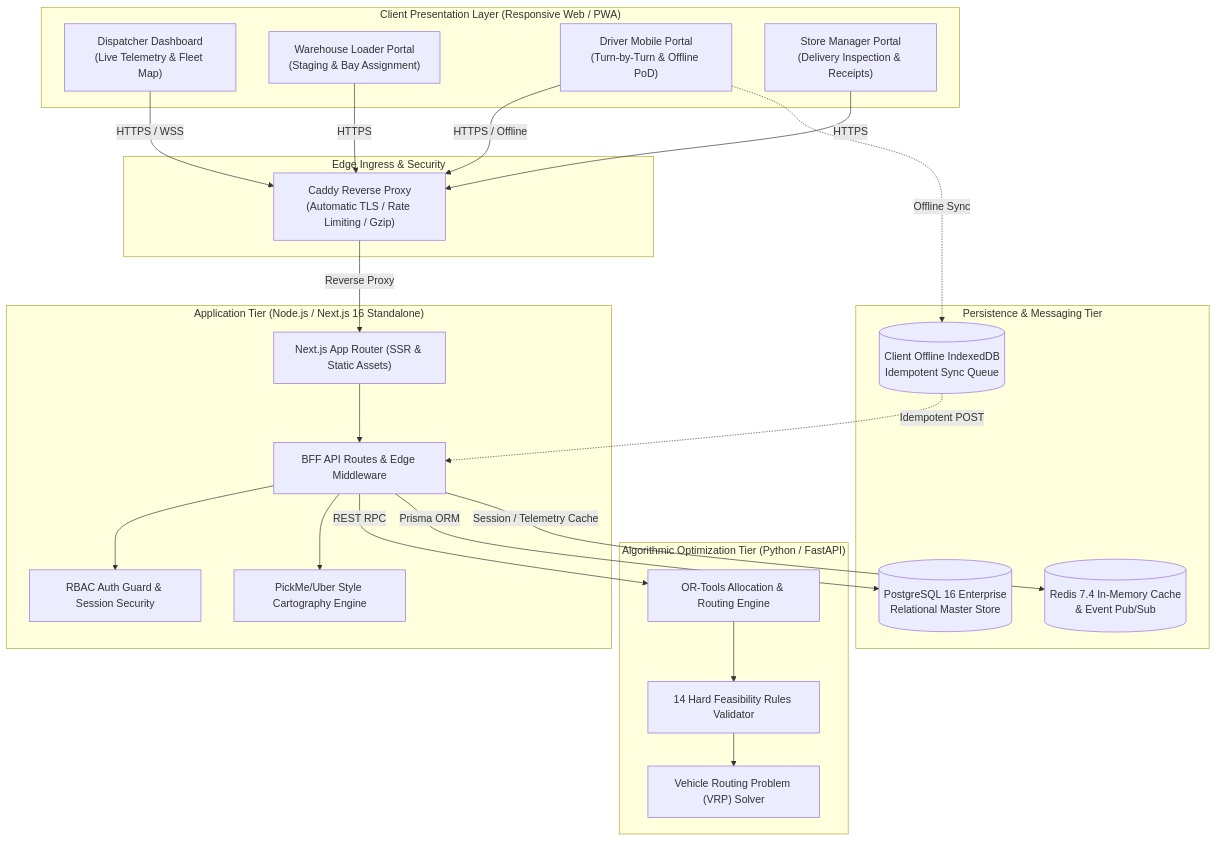
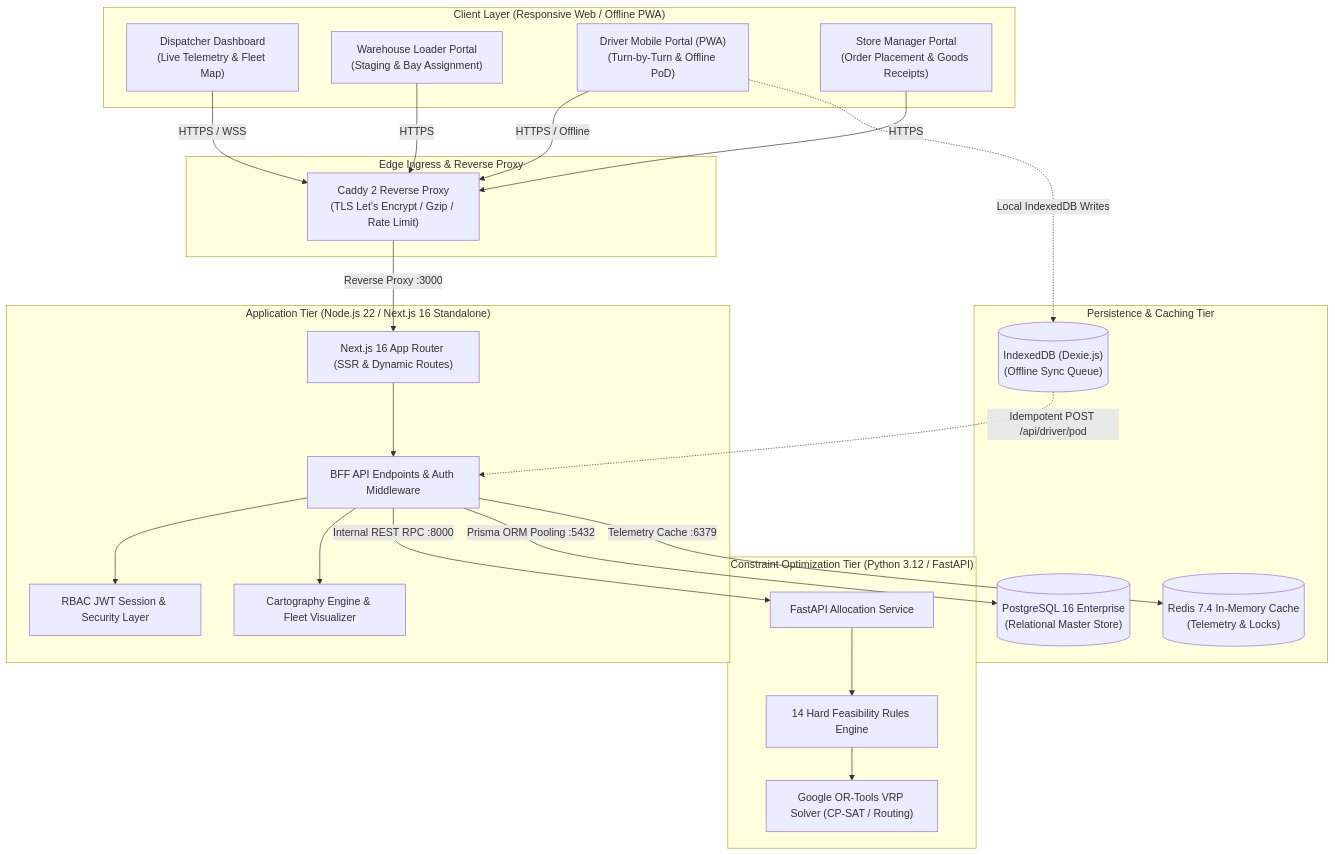
One commit to knurdz/Knurdz_WayPoint changed the diagram in docs/architecture.md. Above: the diagram before and after it, drawn with Mermaid. The commit also changed other lines of this file and 2 other files, not shown here.

Commit message:
docs: enrich architecture, data model, and AI disclosure with authentic engineering ADRs and failure modes

````diff
--- a/docs/architecture.md
+++ b/docs/architecture.md
@@ -7,51 +17,51 @@
 ```mermaid
 flowchart TD
-    subgraph ClientLayer ["Client Presentation Layer (Responsive Web / PWA)"]
-        UI_Disp["Dispatcher Dashboard<br/>(Live Telemetry & Fleet Map)"]
-        UI_Load["Warehouse Loader Portal<br/>(Staging & Bay Assignment)"]
-        UI_Driv["Driver Mobile Portal<br/>(Turn-by-Turn & Offline PoD)"]
-        UI_Stor["Store Manager Portal<br/>(Delivery Inspection & Receipts)"]
+    subgraph Clients ["Client Layer (Responsive Web / Offline PWA)"]
+        DispUI["Dispatcher Dashboard<br/>(Live Telemetry & Fleet Map)"]
+        LoadUI["Warehouse Loader Portal<br/>(Staging & Bay Assignment)"]
+        DrivUI["Driver Mobile Portal (PWA)<br/>(Turn-by-Turn & Offline PoD)"]
+        StoreUI["Store Manager Portal<br/>(Order Placement & Goods Receipts)"]
     end
 
-    subgraph IngressLayer ["Edge Ingress & Security"]
-        Caddy["Caddy Reverse Proxy<br/>(Automatic TLS / Rate Limiting / Gzip)"]
+    subgraph Edge ["Edge Ingress & Reverse Proxy"]
+        CaddyProxy["Caddy 2 Reverse Proxy<br/>(TLS Let's Encrypt / Gzip / Rate Limit)"]
     end
 
-    subgraph AppLayer ["Application Tier (Node.js / Next.js 16 Standalone)"]
-        NextApp["Next.js App Router (SSR & Static Assets)"]
-        BFF["BFF API Routes & Edge Middleware"]
-        AuthModule["RBAC Auth Guard & Session Security"]
-        CartoService["PickMe/Uber Style Cartography Engine"]
+    subgraph AppTier ["Application Tier (Node.js 22 / Next.js 16 Standalone)"]
+        NextCore["Next.js 16 App Router (SSR & Dynamic Routes)"]
+        BFFRoute["BFF API Endpoints & Auth Middleware"]
+        SessionGuard["RBAC JWT Session & Security Layer"]
+        CartoService["Cartography Engine & Fleet Visualizer"]
     end
 
-    subgraph OptimizationTier ["Algorithmic Optimization Tier (Python / FastAPI)"]
-        SolverService["OR-Tools Allocation & Routing Engine"]
-        FeasibilityEngine["14 Hard Feasibility Rules Validator"]
-        VRPModel["Vehicle Routing Problem (VRP) Solver"]
+    subgraph SolverTier ["Constraint Optimization Tier (Python 3.12 / FastAPI)"]
+        FastAPIService["FastAPI Allocation Service"]
+        RuleValidator["14 Hard Feasibility Rules Engine"]
+        ORToolsSolver["Google OR-Tools VRP Solver (CP-SAT / Routing)"]
     end
 
-    subgraph DataTier ["Persistence & Messaging Tier"]
-        PG[("PostgreSQL 16 Enterprise<br/>Relational Master Store")]
-        RedisCache[("Redis 7.4 In-Memory Cache<br/>& Event Pub/Sub")]
-        IndexedDB[("Client Offline IndexedDB<br/>Idempotent Sync Queue")]
+    subgraph DataTier ["Persistence & Caching Tier"]
+        PostgresDB[("PostgreSQL 16 Enterprise<br/>(Relational Master Store)")]
+        RedisStore[("Redis 7.4 In-Memory Cache<br/>(Telemetry & Locks)")]
+        ClientDB[("IndexedDB (Dexie.js)<br/>(Offline Sync Queue)")]
     end
 
-    UI_Disp -->|HTTPS / WSS| Caddy
-    UI_Load -->|HTTPS| Caddy
-    UI_Driv -->|HTTPS / Offline| Caddy
-    UI_Stor -->|HTTPS| Caddy
+    DispUI -->|HTTPS / WSS| CaddyProxy
+    LoadUI -->|HTTPS| CaddyProxy
+    DrivUI -->|HTTPS / Offline| CaddyProxy
+    StoreUI -->|HTTPS| CaddyProxy
 
-    Caddy -->|Reverse Proxy| NextApp
-    NextApp --> BFF
-    BFF --> AuthModule
-    BFF --> CartoService
-    BFF -->|REST RPC| SolverService
-    BFF -->|Prisma ORM| PG
-    BFF -->|Session / Telemetry Cache| RedisCache
+    CaddyProxy -->|Reverse Proxy :3000| NextCore
+    NextCore --> BFFRoute
+    BFFRoute --> SessionGuard
+    BFFRoute --> CartoService
+    BFFRoute -->|Internal REST RPC :8000| FastAPIService
+    BFFRoute -->|Prisma ORM Pooling :5432| PostgresDB
+    BFFRoute -->|Telemetry Cache :6379| RedisStore
 
-    SolverService --> FeasibilityEngine
-    FeasibilityEngine --> VRPModel
+    FastAPIService --> RuleValidator
+    RuleValidator --> ORToolsSolver
 
-    UI_Driv -.->|Offline Sync| IndexedDB
-    IndexedDB -.->|Idempotent POST| BFF
+    DrivUI -.->|Local IndexedDB Writes| ClientDB
+    ClientDB -.->|Idempotent POST /api/driver/pod| BFFRoute
 ```
````
